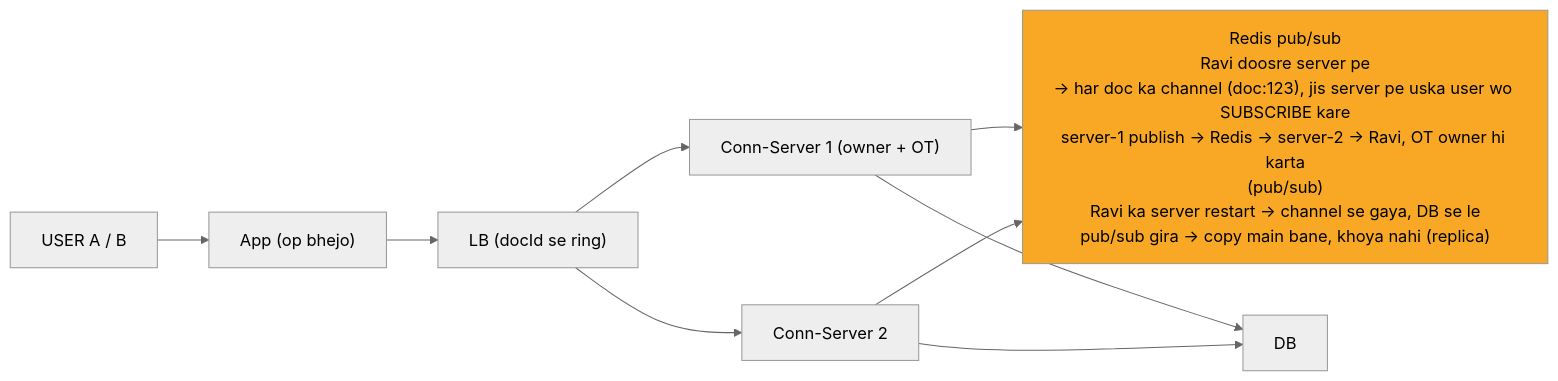
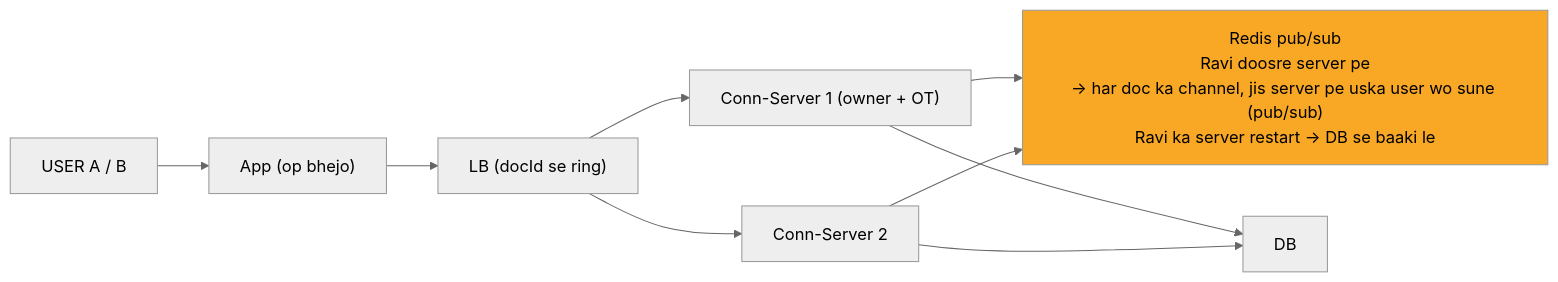
The diagram in 04_HLD/SYSTEM_DESIGNS/11_google_docs_collab/img/c5.mmd (ArpanMaheshwari144/Prep), drawn with Mermaid (neutral theme) before and after one commit. The commit also changed 36 other files, not shown here.

```diff
--- a/04_HLD/SYSTEM_DESIGNS/11_google_docs_collab/img/c5.mmd
+++ b/04_HLD/SYSTEM_DESIGNS/11_google_docs_collab/img/c5.mmd
@@ -1,18 +1,18 @@
 %%{init: {"flowchart": {"wrappingWidth": 450}}}%%
 flowchart LR
     n_USER["USER A / B"]
     n_App["App (op bhejo)"]
     n_LB["LB (docId se ring)"]
     n_CS1["Conn-Server 1 (owner + OT)"]
     n_CS2["Conn-Server 2"]
-    n_PS["Redis pub/sub<br/>Ravi doosre server pe<br/>-> har doc ka channel (doc:123), jis server pe uska user wo SUBSCRIBE kare<br/>server-1 publish -> Redis -> server-2 -> Ravi, OT owner hi karta<br/>(pub/sub)<br/>Ravi ka server restart -> channel se gaya, DB se le<br/>pub/sub gira -> copy main bane, khoya nahi (replica)"]
+    n_PS["Redis pub/sub<br/>Ravi doosre server pe<br/>-> har doc ka channel, jis server pe uska user wo sune (pub/sub)<br/>Ravi ka server restart -> DB se baaki le"]
     n_DB["DB"]
     n_USER --> n_App
     n_App --> n_LB
     n_LB --> n_CS1
     n_LB --> n_CS2
     n_CS1 --> n_PS
     n_CS2 --> n_PS
     n_CS1 --> n_DB
     n_CS2 --> n_DB
     style n_PS fill:#f9a825,color:#000
```
